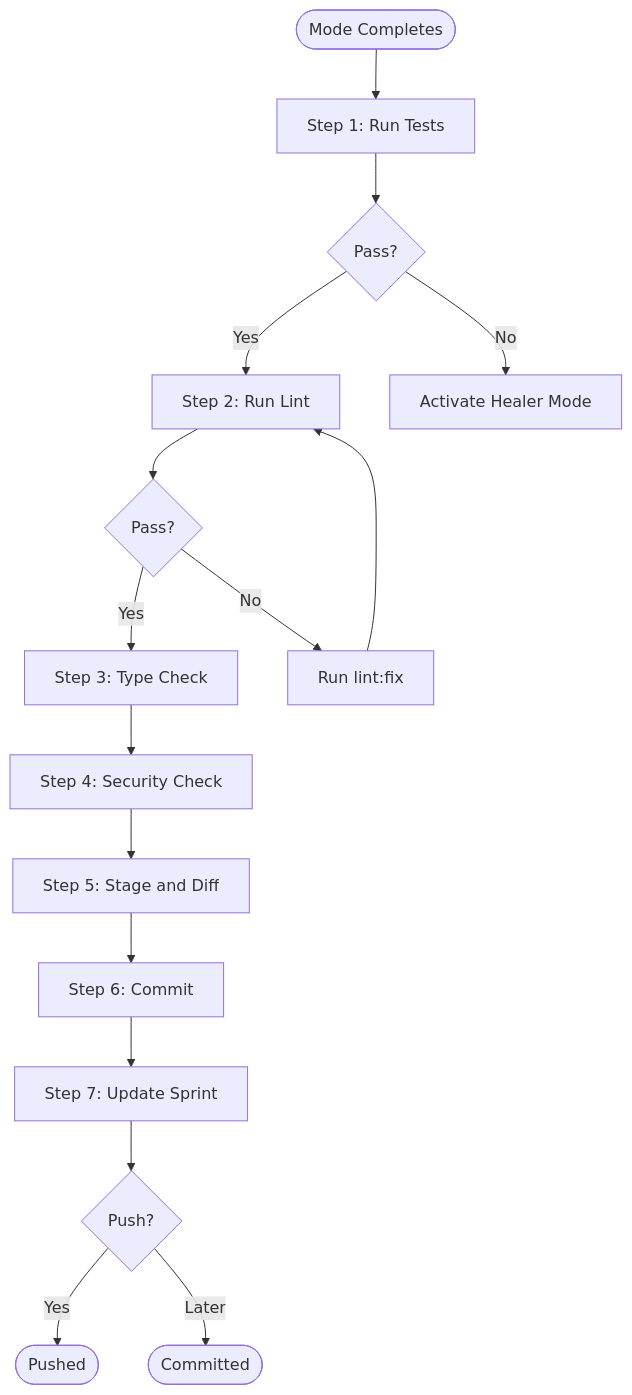
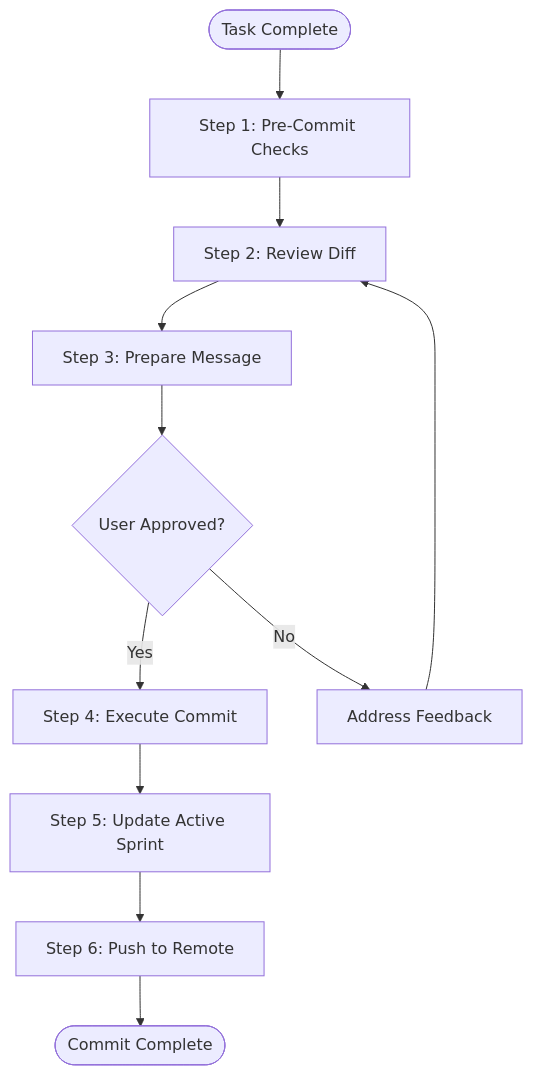
One commit to yashwant-das/smart-playwright-agent-protocol changed the diagram in .ai/1_CONTEXT/workflow/05_git_commit.md. Above: the diagram before and after it, drawn with Mermaid. The commit also changed other lines of this file and 7 other files, not shown here.

````diff
--- a/.ai/1_CONTEXT/workflow/05_git_commit.md
+++ b/.ai/1_CONTEXT/workflow/05_git_commit.md
@@ -15,18 +15,13 @@
 ```mermaid
 flowchart TD
-    Start([Mode Completes]) --> Check1[Step 1: Run Tests]
-    Check1 --> Pass1{Pass?}
-    Pass1 -->|Yes| Check2[Step 2: Run Lint]
-    Pass1 -->|No| Healer[Activate Healer Mode]
-    Check2 --> Pass2{Pass?}
-    Pass2 -->|Yes| Check3[Step 3: Type Check]
-    Pass2 -->|No| Fix[Run lint:fix]
-    Fix --> Check2
-    Check3 --> Security[Step 4: Security Check]
-    Security --> Stage[Step 5: Stage and Diff]
-    Stage --> Commit[Step 6: Commit]
-    Commit --> Sprint[Step 7: Update Sprint]
-    Sprint --> Push{Push?}
-    Push -->|Yes| Done1([Pushed])
-    Push -->|Later| Done2([Committed])
+    Start([Task Complete]) --> Checks[Step 1: Pre-Commit Checks]
+    Checks --> Diff[Step 2: Review Diff]
+    Diff --> Message[Step 3: Prepare Message]
+    Message --> Approve{User Approved?}
+    Approve -->|Yes| Commit[Step 4: Execute Commit]
+    Approve -->|No| Fix[Address Feedback]
+    Fix --> Diff
+    Commit --> Sprint[Step 5: Update Active Sprint]
+    Sprint --> Push[Step 6: Push to Remote]
+    Push --> Done([Commit Complete])
 ```
````
